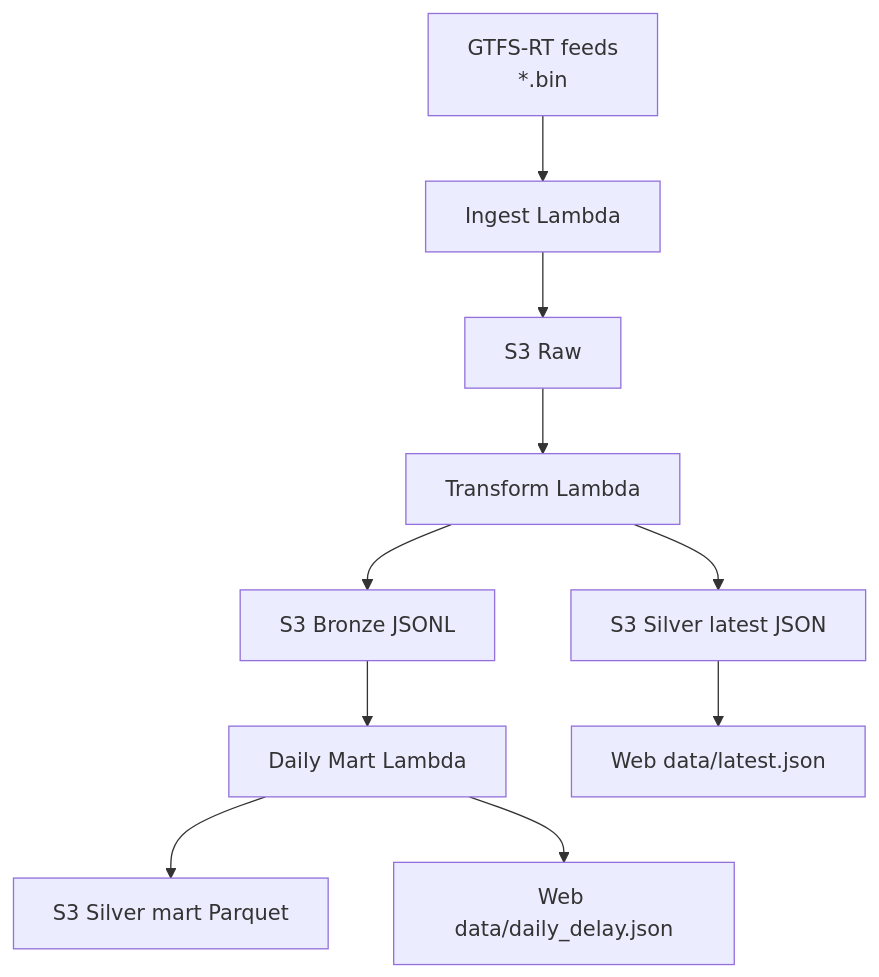
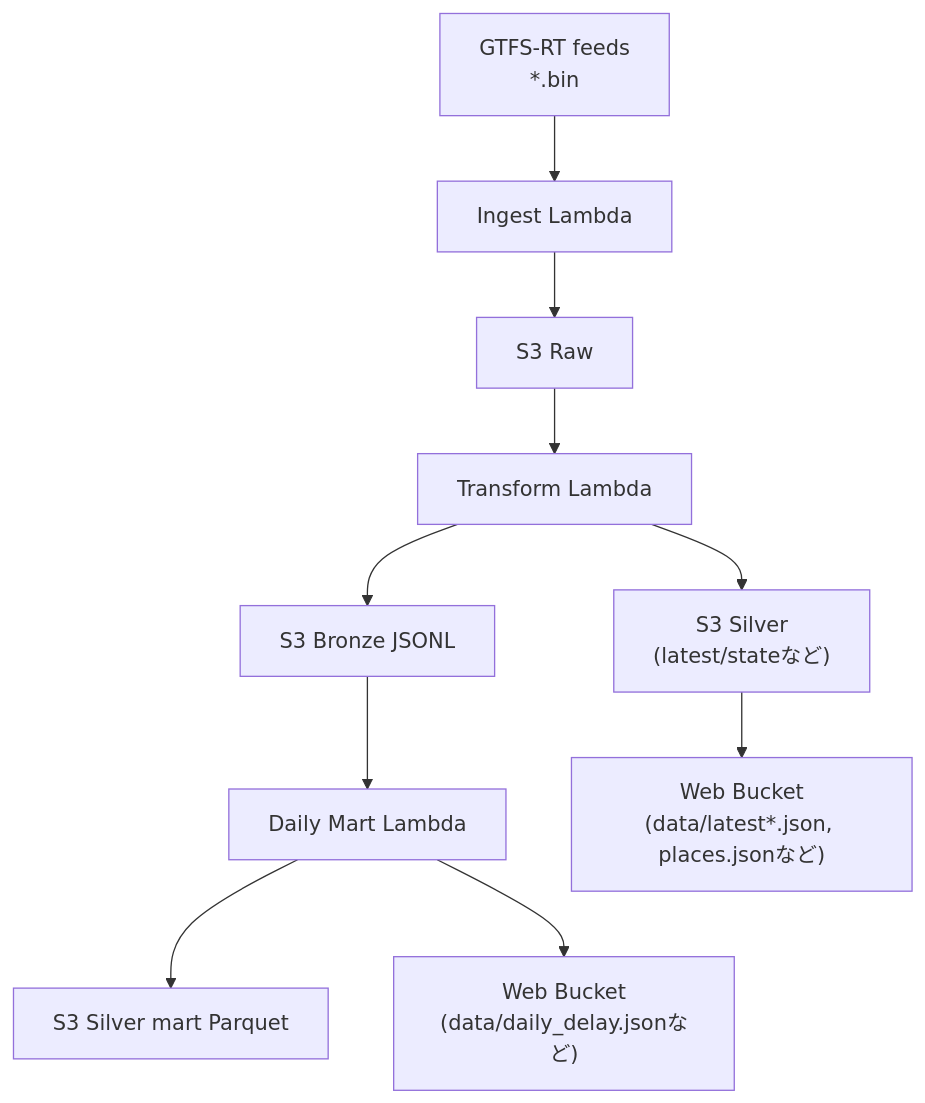
Before and after one commit to ShinnnosukeNakamura/agyancast: the diagram in books/agyancast-gtfs-rt-data-platform-guide/08-architecture.md, drawn with Mermaid. The commit also changed other lines of this file and 15 other files, not shown here.

````diff
--- a/books/agyancast-gtfs-rt-data-platform-guide/08-architecture.md
+++ b/books/agyancast-gtfs-rt-data-platform-guide/08-architecture.md
@@ -7,12 +14,12 @@
 ```mermaid
 flowchart TD
   A["GTFS-RT feeds\n*.bin"] --> B["Ingest Lambda"]
   B --> C["S3 Raw"]
   C --> D["Transform Lambda"]
   D --> E["S3 Bronze JSONL"]
-  D --> F["S3 Silver latest JSON"]
+  D --> F["S3 Silver\n(latest/stateなど)"]
   E --> G["Daily Mart Lambda"]
   G --> H["S3 Silver mart Parquet"]
-  F --> I["Web data/latest.json"]
-  G --> J["Web data/daily_delay.json"]
+  F --> I["Web Bucket\n(data/latest*.json, places.jsonなど)"]
+  G --> J["Web Bucket\n(data/daily_delay.jsonなど)"]
 ```
````
